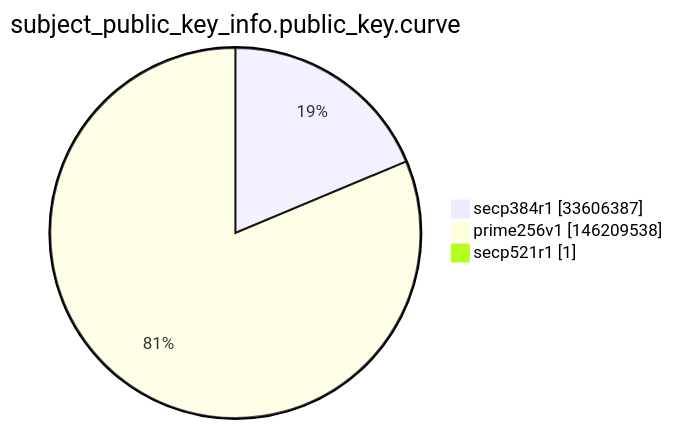
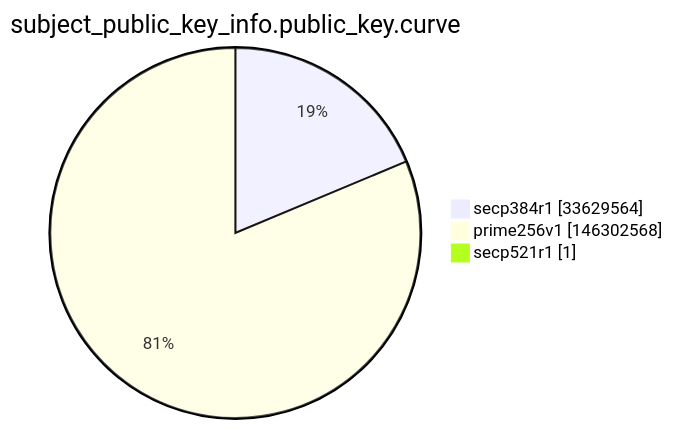
The ninth of 15 diagrams in argon2022/README.md (christiankrug/ctmonitor_visualization), drawn with Mermaid before and after one commit. The commit also changed other lines of this file, not shown here.

````diff
--- a/argon2022/README.md
+++ b/argon2022/README.md
@@ -2764,7 +2764,7 @@
 ```mermaid
 pie showData
 title subject_public_key_info.public_key.curve
-"secp384r1" :33606387
-"prime256v1" :146209538
+"secp384r1" :33629564
+"prime256v1" :146302568
 "secp521r1" :1
 ```
````
